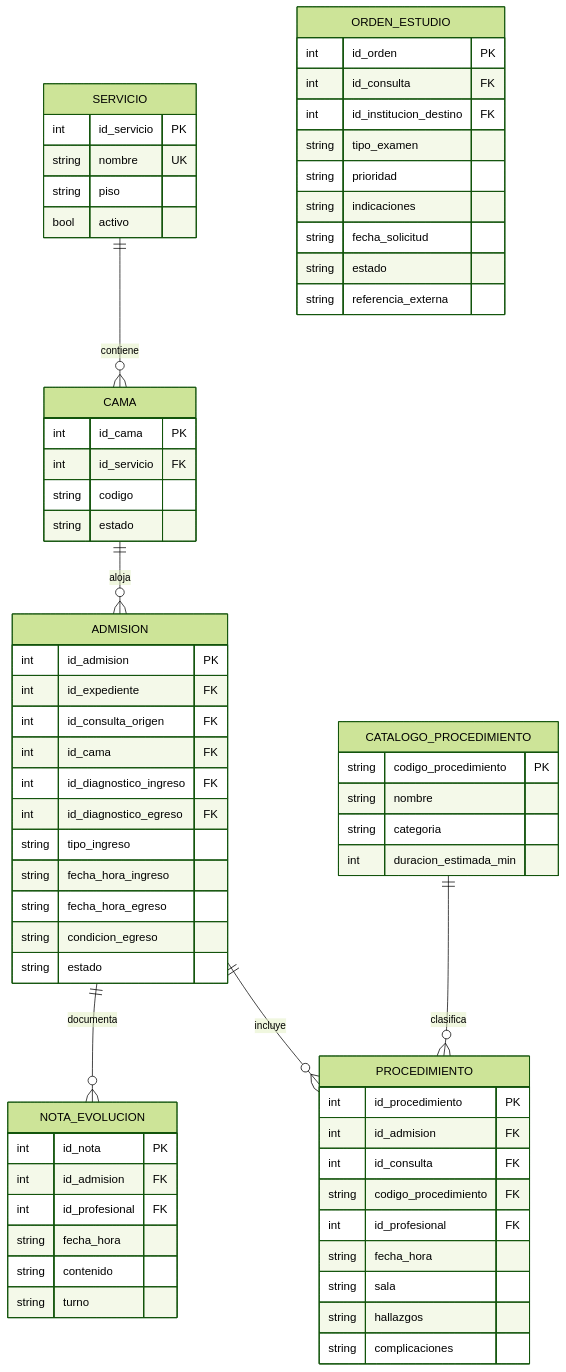
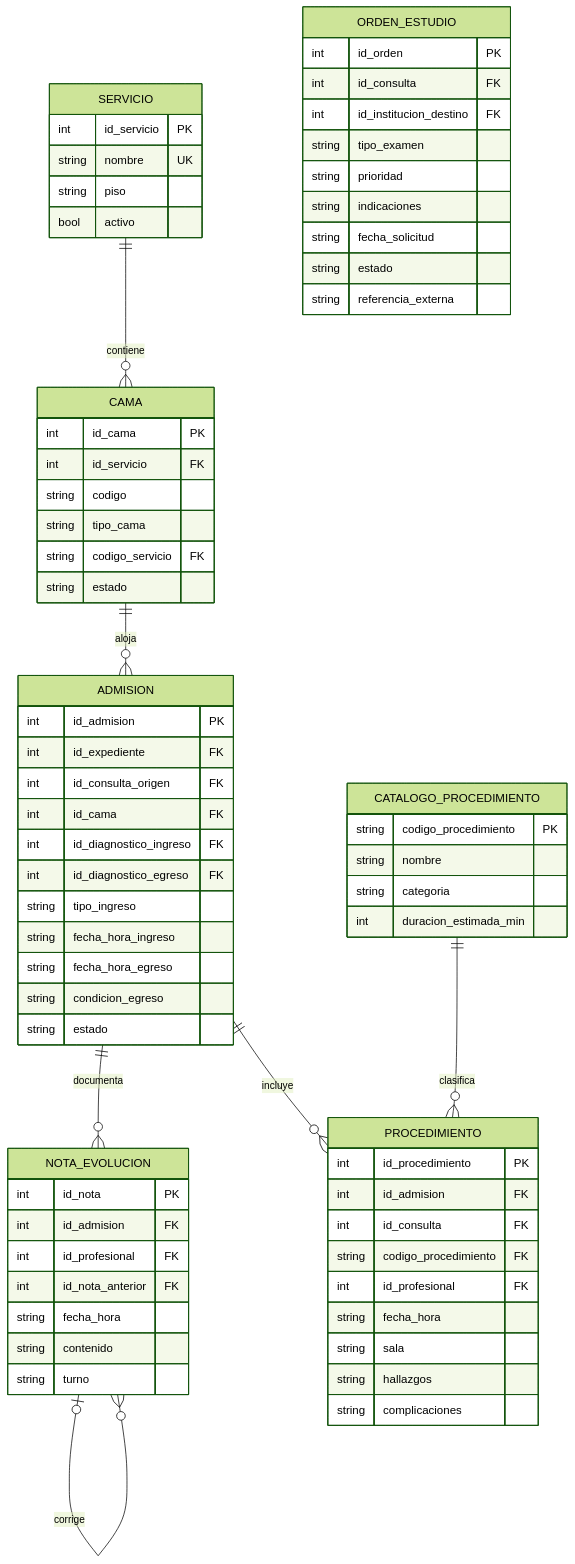
The diagram in docs/entregas/entrega-1/diagramas/rel-hospitalizacion.mmd (carloshugoeg/genki-health), drawn with Mermaid (forest theme) before and after one commit. The commit also changed 15 other files, not shown here.

```diff
--- a/docs/entregas/entrega-1/diagramas/rel-hospitalizacion.mmd
+++ b/docs/entregas/entrega-1/diagramas/rel-hospitalizacion.mmd
@@ -1,73 +1,78 @@
 %% Reconstruido desde la sección 7.4. Hospital general (PostgreSQL). No es el PNG original.
 %% Tipos int/string/bool son marcadores lógicos. Supuesto 15: el tipo físico es de la Entrega II.
+%% E1-06 (Carlos, 2026-10-14): CAMA gana tipo_cama y codigo_servicio; NOTA_EVOLUCION gana id_nota_anterior opcional.
 erDiagram
     SERVICIO {
         int id_servicio PK
         string nombre UK
         string piso
         bool activo
     }
     CAMA {
         int id_cama PK
         int id_servicio FK
         string codigo
+        string tipo_cama
+        string codigo_servicio FK
         string estado
     }
     ADMISION {
         int id_admision PK
         int id_expediente FK
         int id_consulta_origen FK
         int id_cama FK
         int id_diagnostico_ingreso FK
         int id_diagnostico_egreso FK
         string tipo_ingreso
         string fecha_hora_ingreso
         string fecha_hora_egreso
         string condicion_egreso
         string estado
     }
     NOTA_EVOLUCION {
         int id_nota PK
         int id_admision FK
         int id_profesional FK
+        int id_nota_anterior FK
         string fecha_hora
         string contenido
         string turno
     }
     CATALOGO_PROCEDIMIENTO {
         string codigo_procedimiento PK
         string nombre
         string categoria
         int duracion_estimada_min
     }
     PROCEDIMIENTO {
         int id_procedimiento PK
         int id_admision FK
         int id_consulta FK
         string codigo_procedimiento FK
         int id_profesional FK
         string fecha_hora
         string sala
         string hallazgos
         string complicaciones
     }
     ORDEN_ESTUDIO {
         int id_orden PK
         int id_consulta FK
         int id_institucion_destino FK
         string tipo_examen
         string prioridad
         string indicaciones
         string fecha_solicitud
         string estado
         string referencia_externa
     }
     SERVICIO ||--o{ CAMA : "contiene"
     CAMA ||--o{ ADMISION : "aloja"
     ADMISION ||--o{ NOTA_EVOLUCION : "documenta"
     ADMISION ||--o{ PROCEDIMIENTO : "incluye"
     CATALOGO_PROCEDIMIENTO ||--o{ PROCEDIMIENTO : "clasifica"
+    NOTA_EVOLUCION |o--o{ NOTA_EVOLUCION : "corrige"
 %% UK compuesta: CAMA (id_servicio, codigo).
 %% PROCEDIMIENTO: exactamente una de id_admision o id_consulta. La sección 6.5 dice "nunca de ninguna de las dos" cuando falta una, y "nunca de ambas".
-%% La sección 5.2 agrega CAMA.tipo_cama y CAMA.codigo_servicio. La sección 7.4 no los trae. No se agregaron.
-%% La prosa de notas inmutables pide referenciar la nota anterior. No hay columna para eso en 7.4.
+%% CAMA.codigo_servicio → SERVICIO_FACTURABLE (rel-facturacion.mmd). E1-06 elección A.
+%% id_nota_anterior es FK opcional a la nota previa. E1-06 elección A.
```
